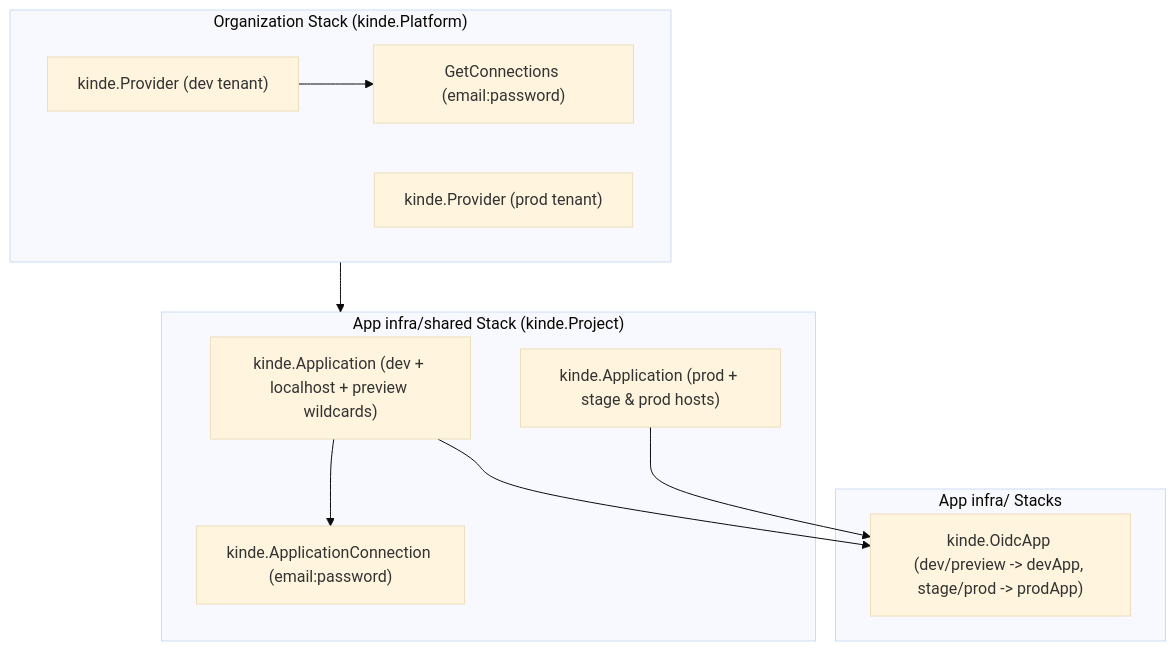
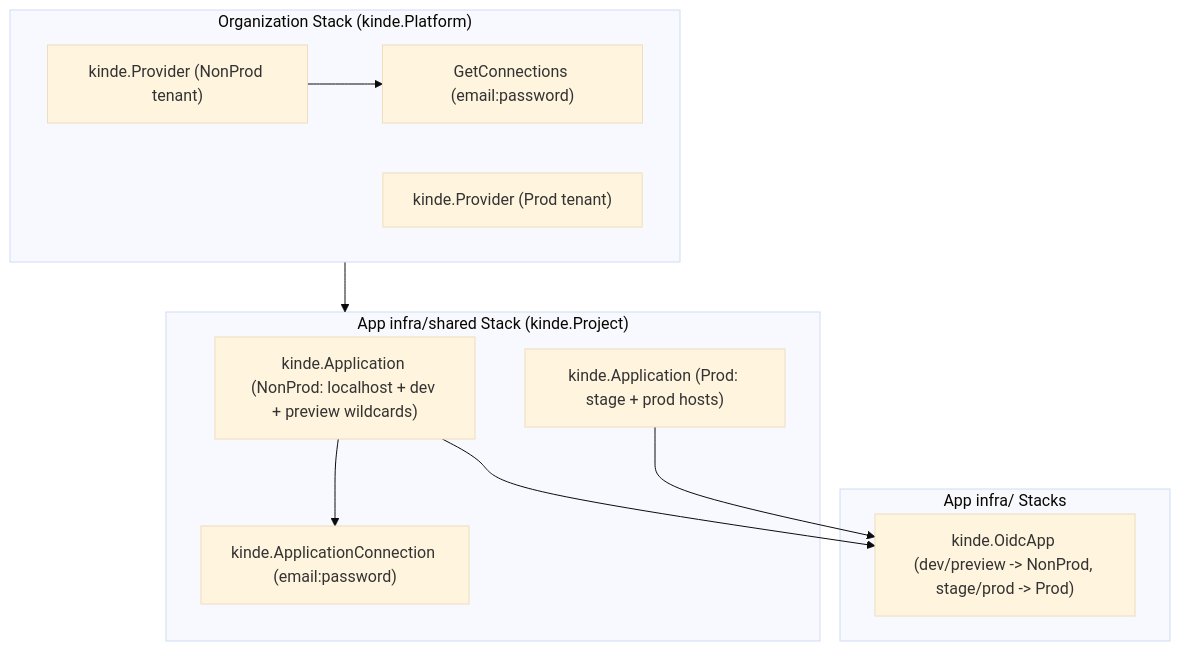
The first of 2 diagrams in docs/architecture/providers/kinde/index.md (cloudvoyant/openbase), drawn with Mermaid (base theme) before and after one commit. The commit also changed other lines of this file and 124 other files, not shown here.

````diff
--- a/docs/architecture/providers/kinde/index.md
+++ b/docs/architecture/providers/kinde/index.md
@@ -25,24 +25,24 @@
 ```mermaid
 flowchart TD
     subgraph Org["Organization Stack (kinde.Platform)"]
-        DevProv["kinde.Provider (dev tenant)"]
-        ProdProv["kinde.Provider (prod tenant)"]
+        NonProdProv["kinde.Provider (NonProd tenant)"]
+        ProdProv["kinde.Provider (Prod tenant)"]
         ConnLookup["GetConnections (email:password)"]
-        DevProv --> ConnLookup
+        NonProdProv --> ConnLookup
     end
 
     subgraph App["App infra/shared Stack (kinde.Project)"]
-        DevApp["kinde.Application (dev + localhost + preview wildcards)"]
-        DevConn["kinde.ApplicationConnection (email:password)"]
-        ProdApp["kinde.Application (prod + stage & prod hosts)"]
-        DevApp --> DevConn
+        NonProdApp["kinde.Application (NonProd: localhost + dev + preview wildcards)"]
+        NonProdConn["kinde.ApplicationConnection (email:password)"]
+        ProdApp["kinde.Application (Prod: stage + prod hosts)"]
+        NonProdApp --> NonProdConn
     end
 
     subgraph Env["App infra/ Stacks"]
-        EnvOidc["kinde.OidcApp (dev/preview -> devApp, stage/prod -> prodApp)"]
+        EnvOidc["kinde.OidcApp (dev/preview -> NonProd, stage/prod -> Prod)"]
     end
 
     Org --> App
-    DevApp --> EnvOidc
+    NonProdApp --> EnvOidc
     ProdApp --> EnvOidc
 ```
````
